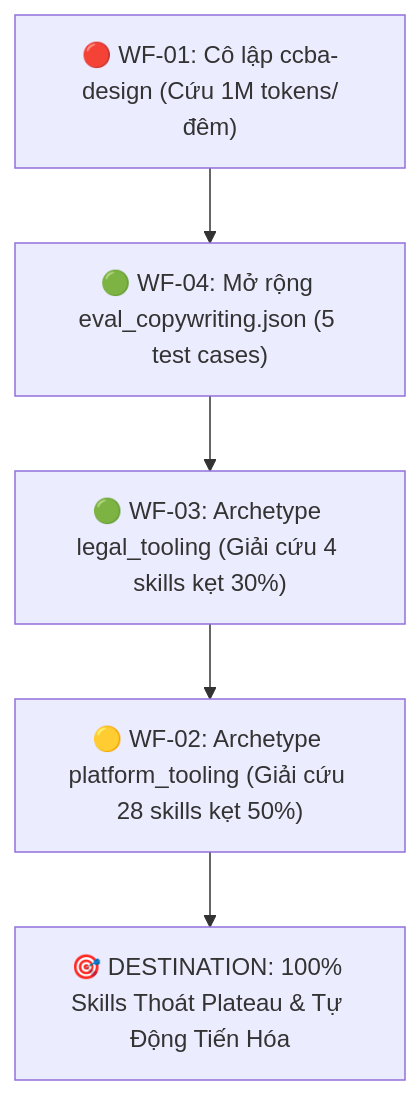
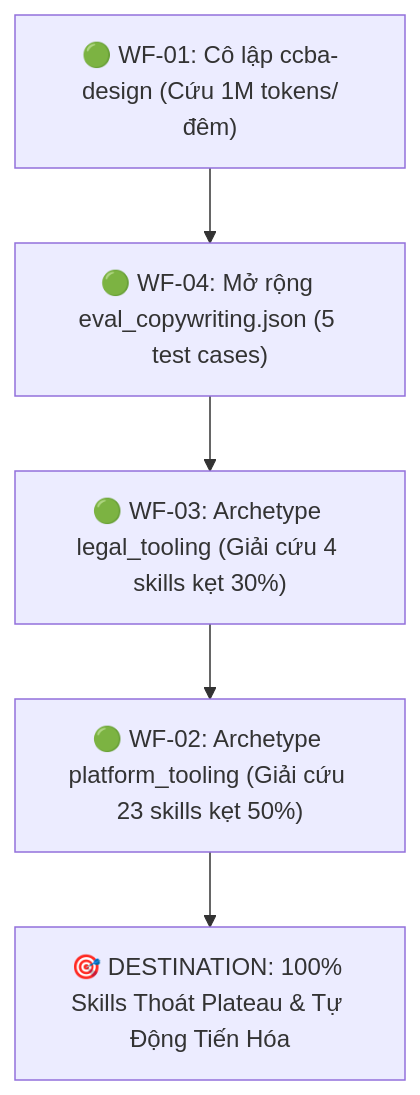
One commit to vvChu/ccba-agent-platform changed the diagram in .md/wayfinder/plateau-resolution-roadmap/map.md. Above: the diagram before and after it, drawn with Mermaid. The commit also changed other lines of this file and 9 other files, not shown here.

First line of the commit message:
feat(evals): dedicated platform_tooling domain archetype and dataset for developer utilities (#394) (#395)

````diff
--- a/.md/wayfinder/plateau-resolution-roadmap/map.md
+++ b/.md/wayfinder/plateau-resolution-roadmap/map.md
@@ -111,7 +113,7 @@
 ```mermaid
 flowchart TD
-    WF01["🔴 WF-01: Cô lập ccba-design (Cứu 1M tokens/đêm)"] --> WF04["🟢 WF-04: Mở rộng eval_copywriting.json (5 test cases)"]
+    WF01["🟢 WF-01: Cô lập ccba-design (Cứu 1M tokens/đêm)"] --> WF04["🟢 WF-04: Mở rộng eval_copywriting.json (5 test cases)"]
     WF04 --> WF03["🟢 WF-03: Archetype legal_tooling (Giải cứu 4 skills kẹt 30%)"]
-    WF03 --> WF02["🟡 WF-02: Archetype platform_tooling (Giải cứu 28 skills kẹt 50%)"]
+    WF03 --> WF02["🟢 WF-02: Archetype platform_tooling (Giải cứu 23 skills kẹt 50%)"]
     WF02 --> DEST["🎯 DESTINATION: 100% Skills Thoát Plateau & Tự Động Tiến Hóa"]
 ```
````
